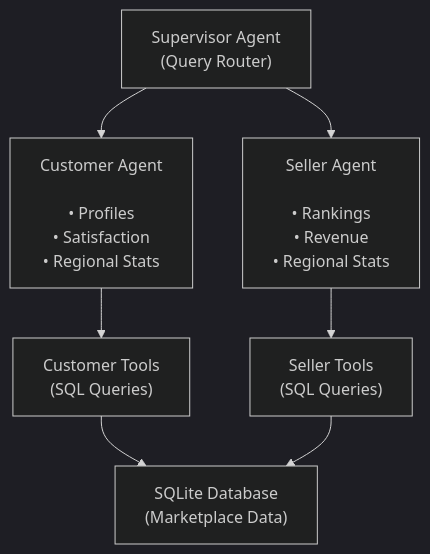
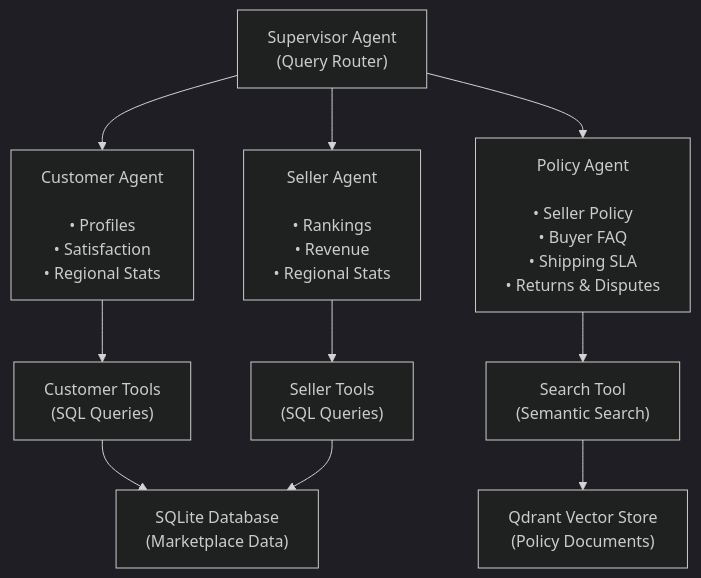
One commit to EmreKaratopuk/agentic-market changed the first of 2 diagrams in README.md. Above: the diagram before and after it, drawn with Mermaid (dark theme). The commit also changed other lines of this file, not shown here.

Commit message:
docs(README): Include policy agent and vector database details

````diff
--- a/README.md
+++ b/README.md
@@ -23,15 +25,21 @@
 ```mermaid
 flowchart TB
     Supervisor["Supervisor Agent<br/>(Query Router)"]
     CustomerAgent["Customer Agent<br/><br/>• Profiles<br/>• Satisfaction<br/>• Regional Stats"]
     SellerAgent["Seller Agent<br/><br/>• Rankings<br/>• Revenue<br/>• Regional Stats"]
+    PolicyAgent["Policy Agent<br/><br/>• Seller Policy<br/>• Buyer FAQ<br/>• Shipping SLA<br/>• Returns & Disputes"]
     CustomerTools["Customer Tools<br/>(SQL Queries)"]
     SellerTools["Seller Tools<br/>(SQL Queries)"]
+    PolicyTools["Search Tool<br/>(Semantic Search)"]
     DB["SQLite Database<br/>(Marketplace Data)"]
+    VectorDB["Qdrant Vector Store<br/>(Policy Documents)"]
     Supervisor --> CustomerAgent
     Supervisor --> SellerAgent
+    Supervisor --> PolicyAgent
     CustomerAgent --> CustomerTools
     SellerAgent --> SellerTools
+    PolicyAgent --> PolicyTools
     CustomerTools --> DB
     SellerTools --> DB
+    PolicyTools --> VectorDB
 ```
````
